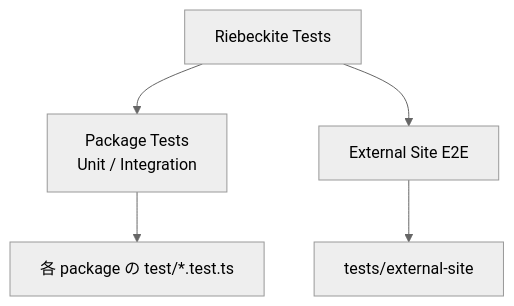
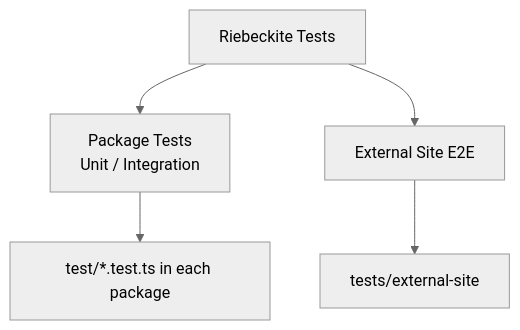
One commit to Rerurate514/riebeckite changed the first of 6 diagrams in docs/docs/framework/testing.md. Above: the diagram before and after it, drawn with Mermaid (neutral theme). The commit also changed other lines of this file and 604 other files, not shown here.

````diff
--- a/docs/docs/framework/testing.md
+++ b/docs/docs/framework/testing.md
@@ -20,10 +18,10 @@
 ```mermaid
 flowchart TD
     Test["Riebeckite Tests"]
 
     Test --> Unit["Package Tests<br/>Unit / Integration"]
     Test --> E2E["External Site E2E"]
 
-    Unit --> Package["各 package の test/*.test.ts"]
+    Unit --> Package["test/*.test.ts in each package"]
     E2E --> External["tests/external-site"]
 ```
````
